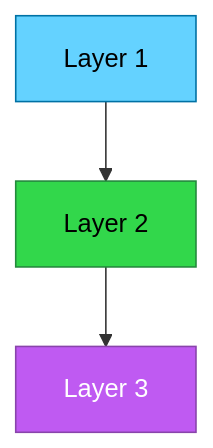
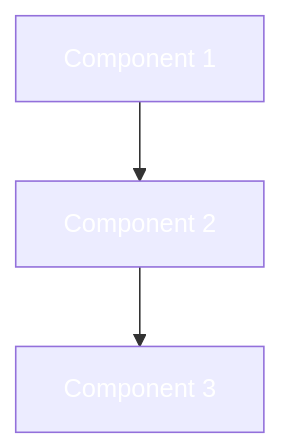
The diagram in templates/README.template.md (qinnovates/repo-design-kit), drawn with Mermaid before and after one commit. The commit also changed other lines of this file and 3 other files, not shown here.

````diff
--- a/templates/README.template.md
+++ b/templates/README.template.md
@@ -79,8 +134,8 @@
 ```mermaid
 graph TD
-    A["Layer 1"] --> B["Layer 2"] --> C["Layer 3"]
+    A["Component 1"] --> B["Component 2"] --> C["Component 3"]
 
-    style A fill:#64D2FF,stroke:#0071A4,color:#000
-    style B fill:#32D74B,stroke:#248A3D,color:#000
-    style C fill:#BF5AF2,stroke:#8944AB,color:#fff
+    style A fill:#BADGE_PRIMARY,stroke:#STROKE_1,color:#fff
+    style B fill:#BADGE_SECONDARY,stroke:#STROKE_2,color:#fff
+    style C fill:#BADGE_TERTIARY,stroke:#STROKE_3,color:#fff
 ```
````
